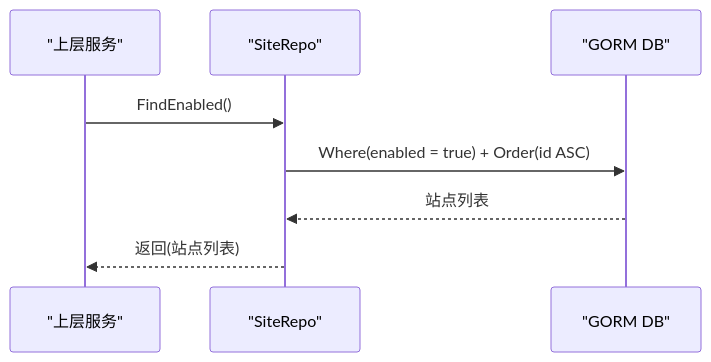
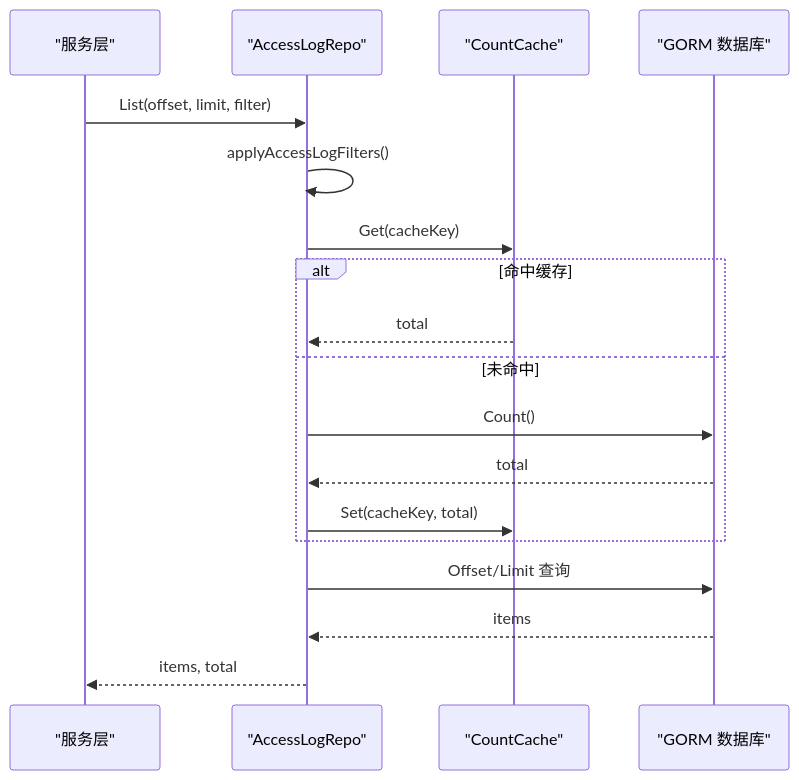
One commit to x01n/My-OpenWaf changed the sixth of 7 diagrams in docs/数据存储层/数据访问层设计.md. Above: the diagram before and after it, drawn with Mermaid. The commit also changed other lines of this file and 199 other files, not shown here.

````diff
--- a/docs/数据存储层/数据访问层设计.md
+++ b/docs/数据存储层/数据访问层设计.md
@@ -388,10 +240,20 @@
 ```mermaid
 sequenceDiagram
-participant Svc as "上层服务"
-participant Repo as "SiteRepo"
-participant DB as "GORM DB"
-Svc->>Repo : FindEnabled()
-Repo->>DB : Where(enabled = true) + Order(id ASC)
-DB-->>Repo : 站点列表
-Repo-->>Svc : 返回(站点列表)
+participant Svc as "服务层"
+participant Repo as "AccessLogRepo"
+participant Cache as "CountCache"
+participant DB as "GORM 数据库"
+Svc->>Repo : List(offset, limit, filter)
+Repo->>Repo : applyAccessLogFilters()
+Repo->>Cache : Get(cacheKey)
+alt 命中缓存
+Cache-->>Repo : total
+else 未命中
+Repo->>DB : Count()
+DB-->>Repo : total
+Repo->>Cache : Set(cacheKey, total)
+end
+Repo->>DB : Offset/Limit 查询
+DB-->>Repo : items
+Repo-->>Svc : items, total
 ```
````
